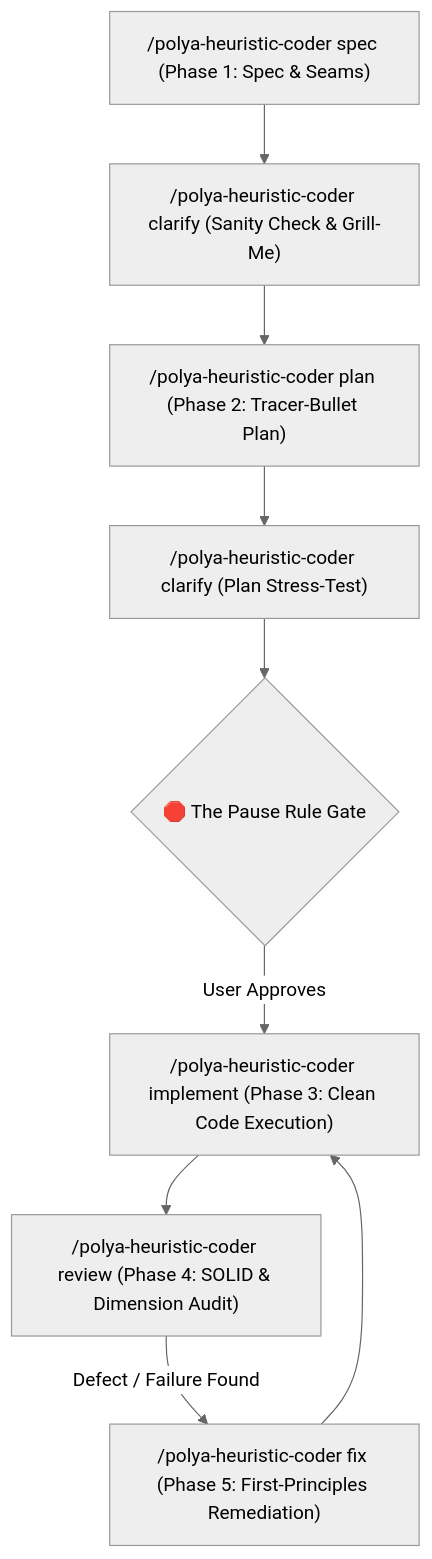
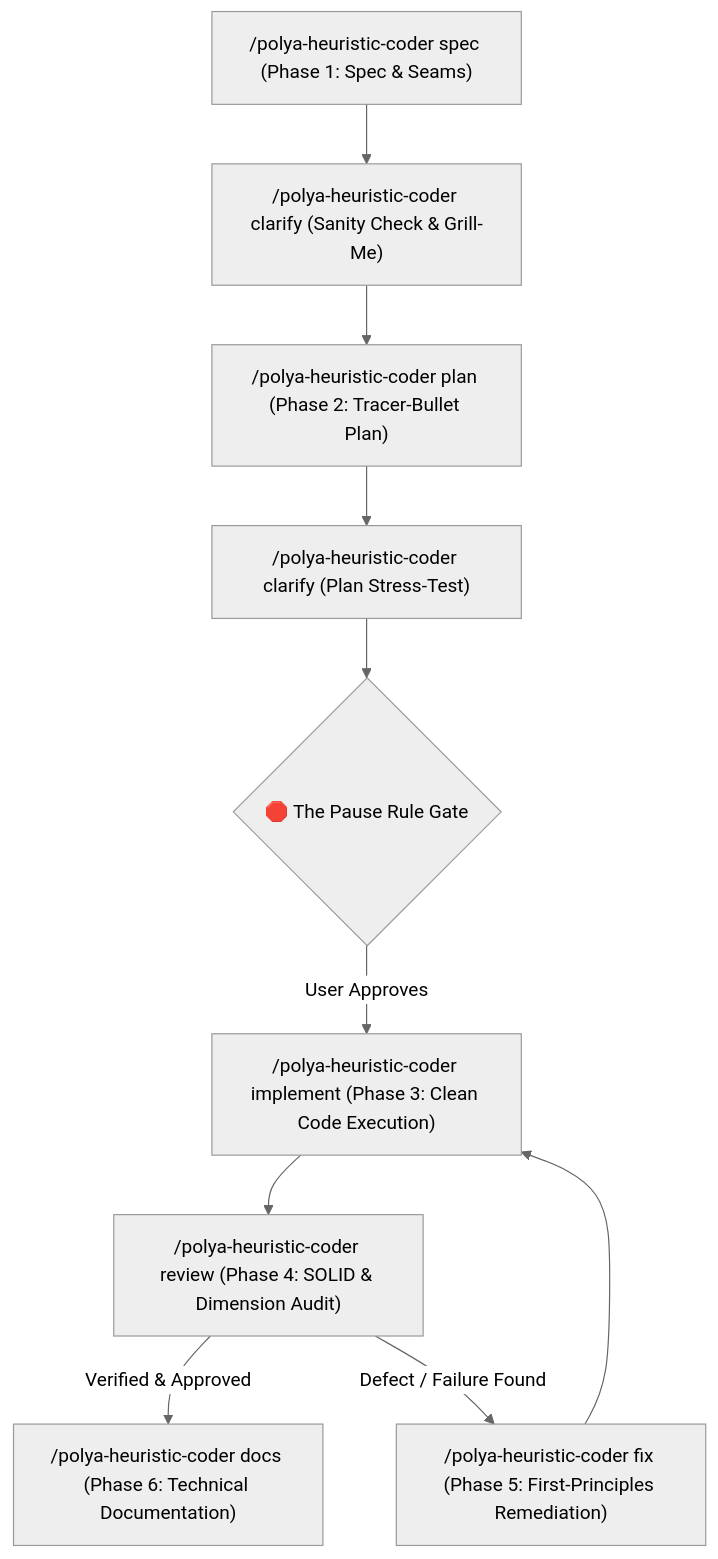
Before and after one commit to GulajavaMinistudio/awesome-copilot-id: the diagram in polya-coder/README.md, drawn with Mermaid (neutral theme). The commit also changed other lines of this file and 8 other files, not shown here.

First line of the commit message:
feat: Add technical documentation templates and update AGENTS.md for documentation phase

````diff
--- a/polya-coder/README.md
+++ b/polya-coder/README.md
@@ -86,12 +87,12 @@
 ```mermaid
 graph TD
     Spec["/polya-heuristic-coder spec (Phase 1: Spec & Seams)"] --> Clarify1["/polya-heuristic-coder clarify (Sanity Check & Grill-Me)"]
     Clarify1 --> Plan["/polya-heuristic-coder plan (Phase 2: Tracer-Bullet Plan)"]
     Plan --> Clarify2["/polya-heuristic-coder clarify (Plan Stress-Test)"]
     Clarify2 --> Pause{🛑 The Pause Rule Gate}
     Pause -->|User Approves| Implement["/polya-heuristic-coder implement (Phase 3: Clean Code Execution)"]
     Implement --> Review["/polya-heuristic-coder review (Phase 4: SOLID & Dimension Audit)"]
-    
+    Review -->|Verified & Approved| Docs["/polya-heuristic-coder docs (Phase 6: Technical Documentation)"]
     Review -->|Defect / Failure Found| BugFix["/polya-heuristic-coder fix (Phase 5: First-Principles Remediation)"]
     BugFix --> Implement
 ```
````
